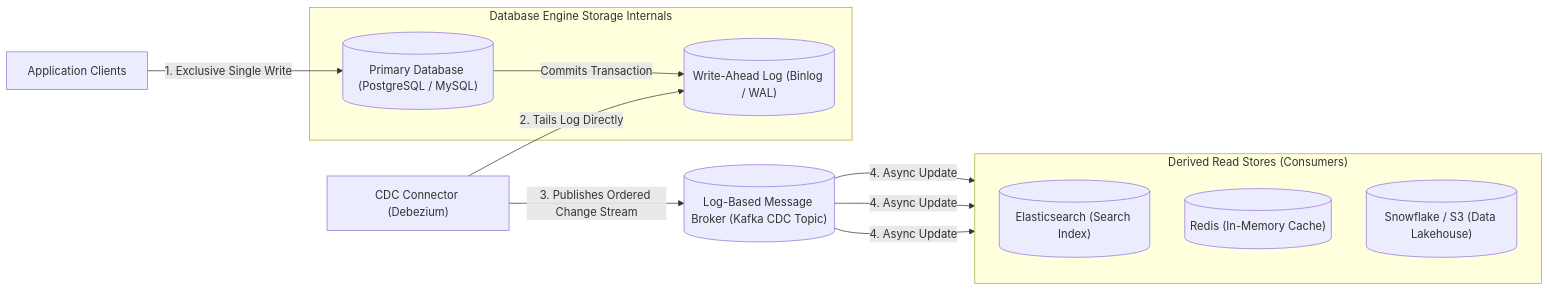
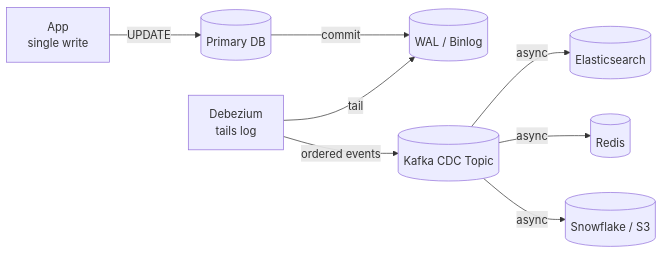
One commit to 1mimhe/books-summery changed the fifth of 8 diagrams in 01 Designing Data-Intensive Applications/chapter-12-stream-processing.md. Above: the diagram before and after it, drawn with Mermaid. The commit also changed other lines of this file and 3 other files, not shown here.

````diff
--- a/01 Designing Data-Intensive Applications/chapter-12-stream-processing.md
+++ b/01 Designing Data-Intensive Applications/chapter-12-stream-processing.md
@@ -265,25 +250,10 @@
 ```mermaid
 flowchart LR
-  APP["Application Clients"] -->|"1. Exclusive Single Write"| DB[("Primary Database (PostgreSQL / MySQL)")]
-
-  subgraph STORAGE_LAYER["Database Engine Storage Internals"]
-    WAL[("Write-Ahead Log (Binlog / WAL)")]
-    DB -->|"Commits Transaction"| WAL
-  end
-
-  CDC["CDC Connector (Debezium)"] -->|"2. Tails Log Directly"| WAL
-
-  KAFKA[("Log-Based Message Broker (Kafka CDC Topic)")]
-  CDC -->|"3. Publishes Ordered Change Stream"| KAFKA
-
-  subgraph DOWNSTREAM["Derived Read Stores (Consumers)"]
-    direction TB
-    ES[("Elasticsearch (Search Index)")]
-    REDIS[("Redis (In-Memory Cache)")]
-    WH[("Snowflake / S3 (Data Lakehouse)")]
-  end
-
-  KAFKA -->|"4. Async Update"| ES
-  KAFKA -->|"4. Async Update"| REDIS
-  KAFKA -->|"4. Async Update"| WH
+  APP["App<br/>single write"] -->|"UPDATE"| DB[("Primary DB")]
+  DB -->|"commit"| WAL[("WAL / Binlog")]
+  CDC["Debezium<br/>tails log"] -->|"tail"| WAL
+  CDC -->|"ordered events"| KAF[("Kafka CDC Topic")]
+  KAF -->|"async"| ES[("Elasticsearch")]
+  KAF -->|"async"| RD[("Redis")]
+  KAF -->|"async"| WH[("Snowflake / S3")]
 ```
````
